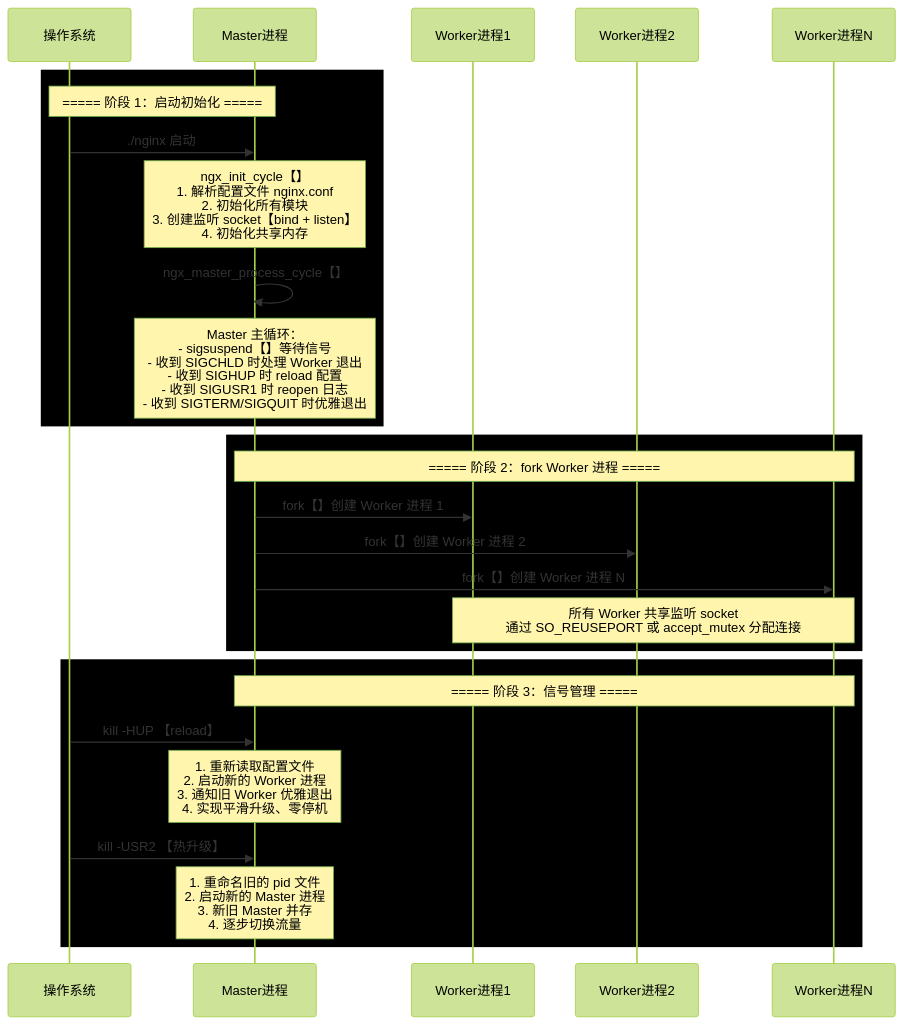
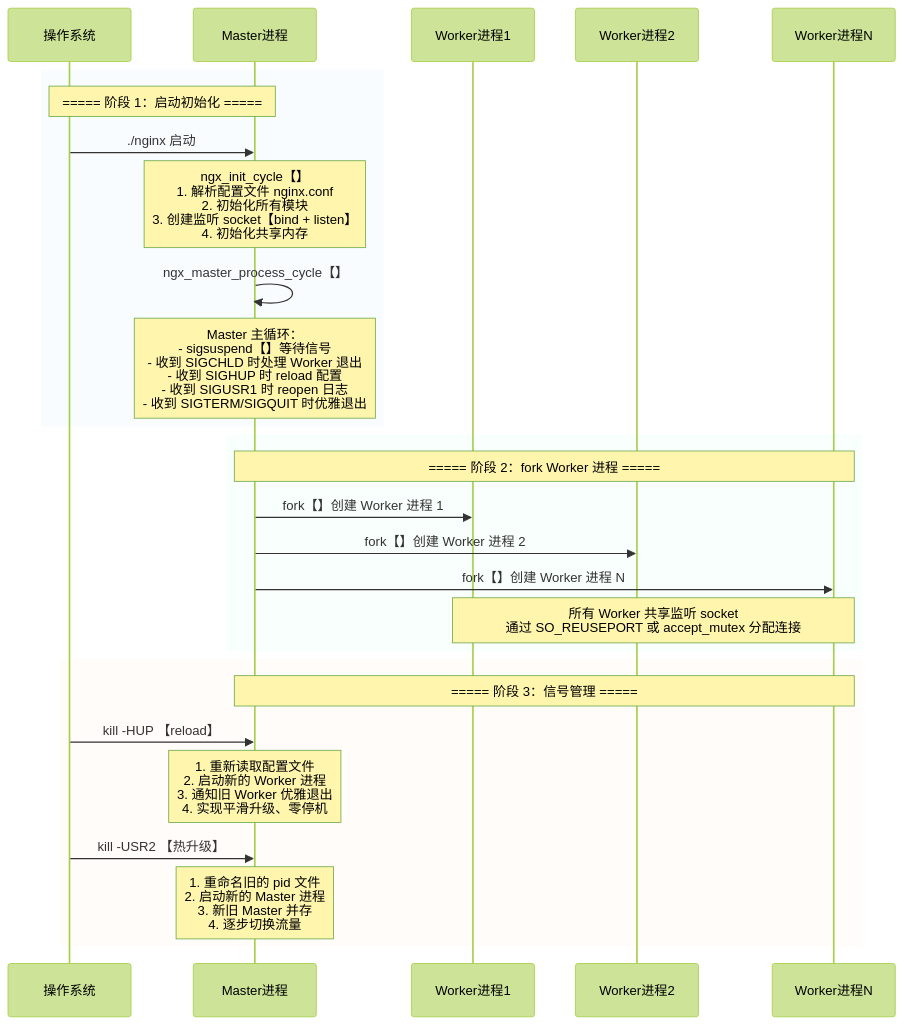
Before and after one commit to AH23333/Blog: the third of 24 diagrams in src/content/philes/volume-1/Java-Backend/Nginx反向代理深度解析.md, drawn with Mermaid (forest theme). The commit also changed other lines of this file and 17 other files, not shown here.

Commit message:
修复所有已知bug（mermaid渲染、表格识别），添加错误总结经验，暂时保留测试文件，准备考虑优化性能与重构

````diff
--- a/src/content/philes/volume-1/Java-Backend/Nginx反向代理深度解析.md
+++ b/src/content/philes/volume-1/Java-Backend/Nginx反向代理深度解析.md
@@ -125,32 +125,32 @@
 ```mermaid
 sequenceDiagram
     participant PROC as 操作系统
     participant MASTER as Master进程
     participant W1 as Worker进程1
     participant W2 as Worker进程2
     participant W3 as Worker进程N
 
-    rect rgba【240, 248, 255, 0.4】
+    rect rgba(240, 248, 255, 0.4)
     Note over PROC,MASTER: ===== 阶段 1：启动初始化 =====
     PROC->>MASTER: ./nginx 启动
     Note over MASTER: ngx_init_cycle【】<br/>1. 解析配置文件 nginx.conf<br/>2. 初始化所有模块<br/>3. 创建监听 socket【bind + listen】<br/>4. 初始化共享内存
     MASTER->>MASTER: ngx_master_process_cycle【】
     Note over MASTER: Master 主循环：<br/>- sigsuspend【】等待信号<br/>- 收到 SIGCHLD 时处理 Worker 退出<br/>- 收到 SIGHUP 时 reload 配置<br/>- 收到 SIGUSR1 时 reopen 日志<br/>- 收到 SIGTERM/SIGQUIT 时优雅退出
     end
 
-    rect rgba【240, 255, 248, 0.4】
+    rect rgba(240, 255, 248, 0.4)
     Note over MASTER,W3: ===== 阶段 2：fork Worker 进程 =====
     MASTER->>W1: fork【】创建 Worker 进程 1
     MASTER->>W2: fork【】创建 Worker 进程 2
     MASTER->>W3: fork【】创建 Worker 进程 N
     Note over W1,W3: 所有 Worker 共享监听 socket<br/>通过 SO_REUSEPORT 或 accept_mutex 分配连接
     end
 
-    rect rgba【255, 248, 240, 0.4】
+    rect rgba(255, 248, 240, 0.4)
     Note over MASTER,W3: ===== 阶段 3：信号管理 =====
     PROC->>MASTER: kill -HUP 【reload】
     Note over MASTER: 1. 重新读取配置文件<br/>2. 启动新的 Worker 进程<br/>3. 通知旧 Worker 优雅退出<br/>4. 实现平滑升级、零停机
     PROC->>MASTER: kill -USR2 【热升级】
     Note over MASTER: 1. 重命名旧的 pid 文件<br/>2. 启动新的 Master 进程<br/>3. 新旧 Master 并存<br/>4. 逐步切换流量
     end
 ```
````
